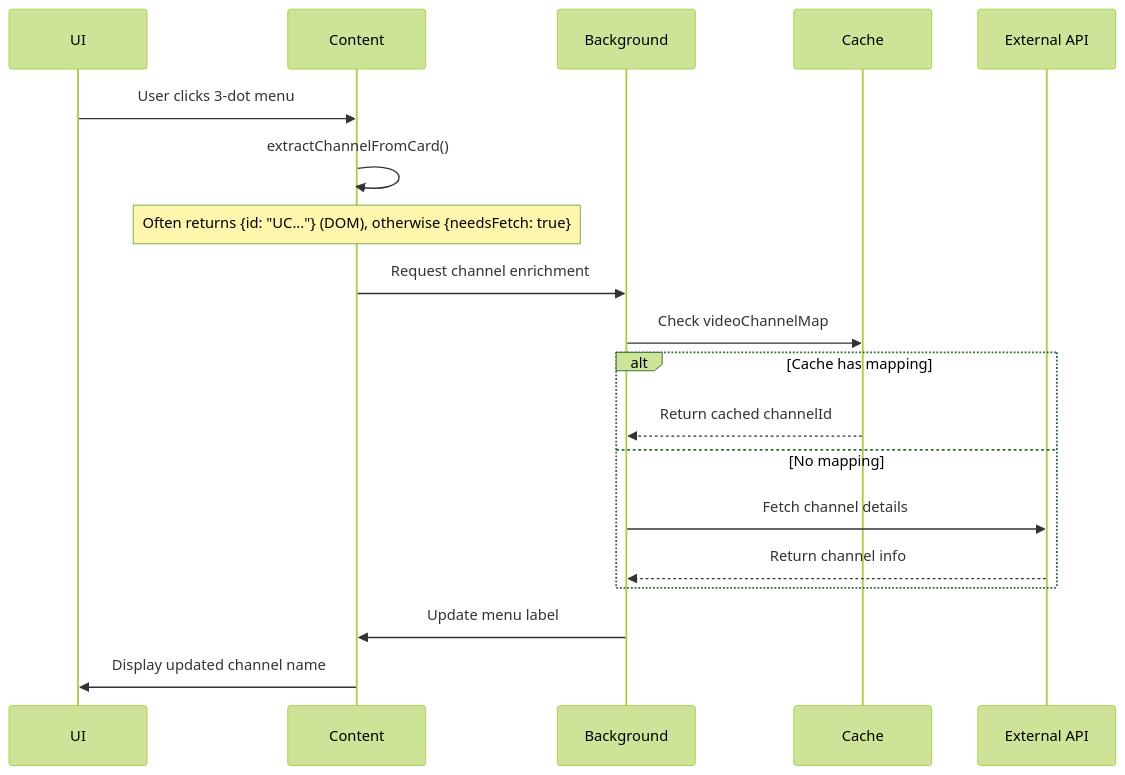
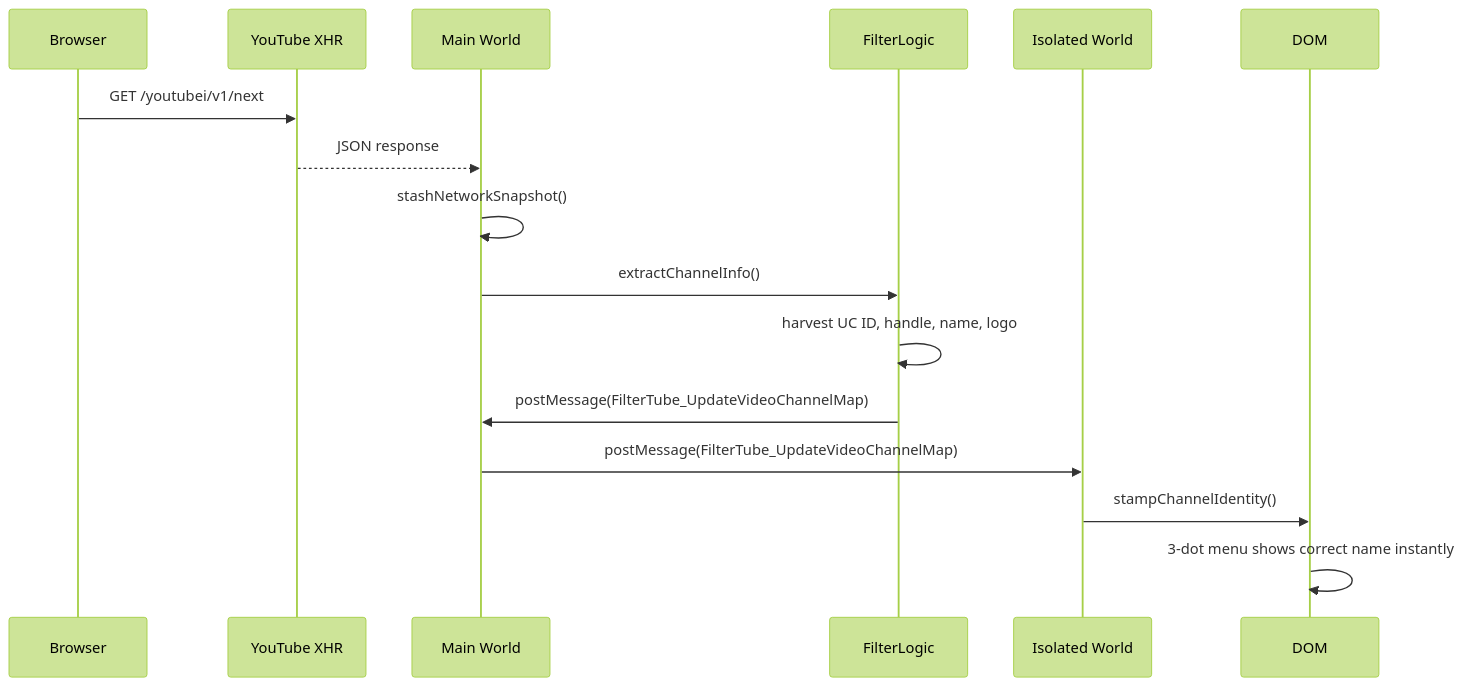
Before and after one commit to varshneydevansh/FilterTube: the diagram in docs/NETWORK_REQUEST_PIPELINE.md, drawn with Mermaid (forest theme). The commit also changed other lines of this file and 28 other files, not shown here.

Commit message:
BUMP: v3.2.0 Better and robust Channel Blocking via XHR and improve block flow

````diff
--- a/docs/NETWORK_REQUEST_PIPELINE.md
+++ b/docs/NETWORK_REQUEST_PIPELINE.md
@@ -35,22 +37,19 @@
 ```mermaid
 sequenceDiagram
-    participant UI as UI
-    participant Content as Content
-    participant Background as Background
-    participant Cache as Cache
-    participant API as External API
+    participant Browser as Browser
+    participant XHR as YouTube XHR
+    participant Main as Main World
+    participant Filter as FilterLogic
+    participant Isolated as Isolated World
+    participant DOM as DOM
 
-    UI->>Content: User clicks 3-dot menu
-    Content->>Content: extractChannelFromCard()
-    Note over Content: Often returns {id: "UC..."} (DOM), otherwise {needsFetch: true}
-    Content->>Background: Request channel enrichment
-    Background->>Cache: Check videoChannelMap
-    alt Cache has mapping
-        Cache-->>Background: Return cached channelId
-    else No mapping
-        Background->>API: Fetch channel details
-        API-->>Background: Return channel info
-    end
-    Background->>Content: Update menu label
-    Content->>UI: Display updated channel name
+    Browser->>XHR: GET /youtubei/v1/next
+    XHR-->>Main: JSON response
+    Main->>Main: stashNetworkSnapshot()
+    Main->>Filter: extractChannelInfo()
+    Filter->>Filter: harvest UC ID, handle, name, logo
+    Filter->>Main: postMessage(FilterTube_UpdateVideoChannelMap)
+    Main->>Isolated: postMessage(FilterTube_UpdateVideoChannelMap)
+    Isolated->>DOM: stampChannelIdentity()
+    DOM->>DOM: 3-dot menu shows correct name instantly
 ```
````
